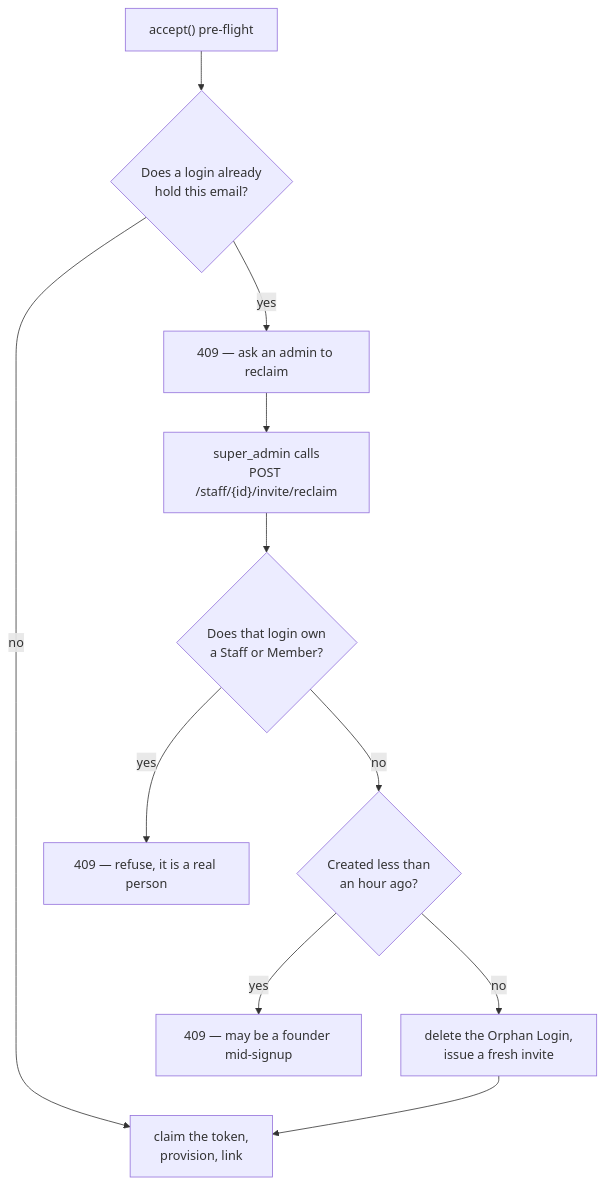
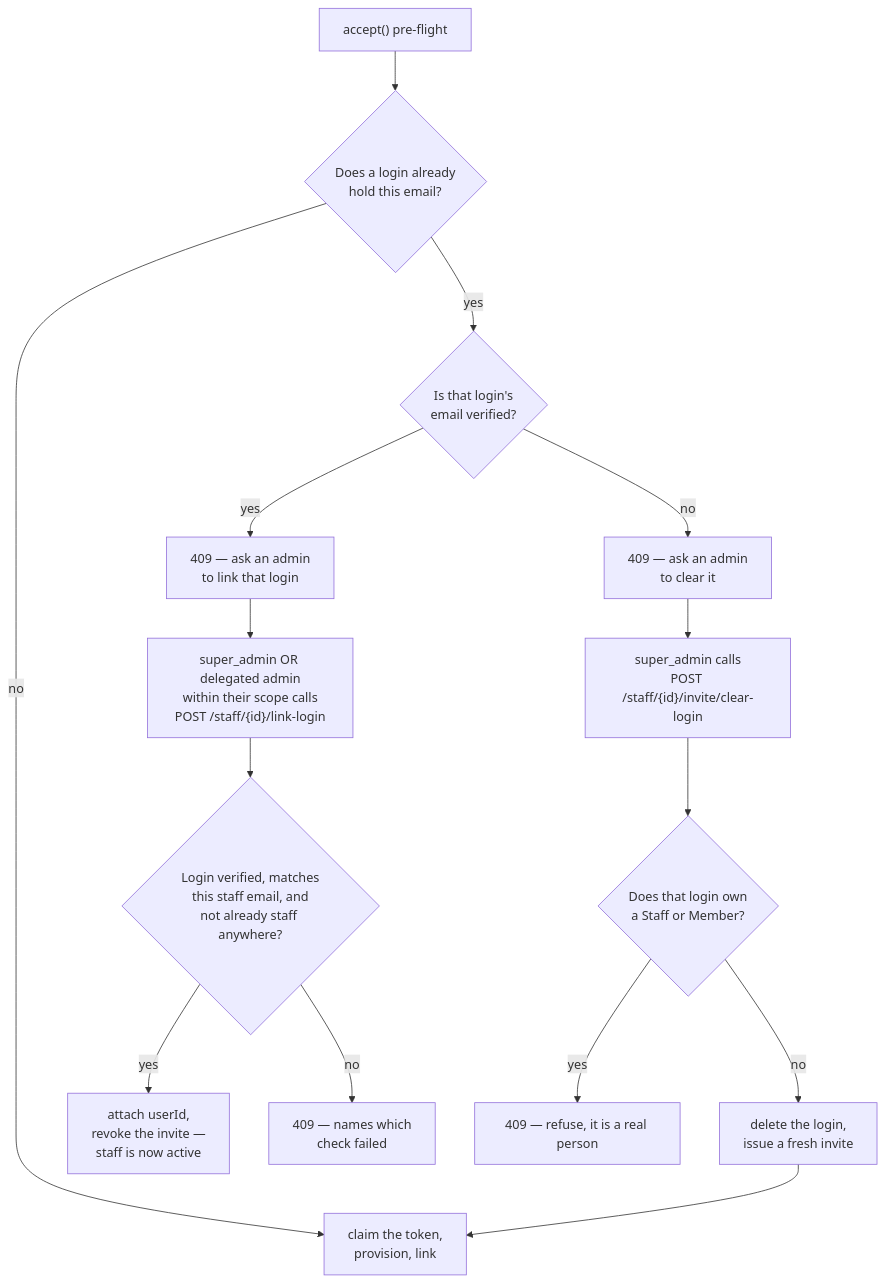
One commit to chuba-cn/koru changed the sixth of 11 diagrams in docs/architecture/staff-invitations.md. Above: the diagram before and after it, drawn with Mermaid. The commit also changed other lines of this file and 19 other files, not shown here.

````diff
--- a/docs/architecture/staff-invitations.md
+++ b/docs/architecture/staff-invitations.md
@@ -194,14 +212,20 @@
 ```mermaid
 flowchart TD
     A["accept() pre-flight"] --> B{"Does a login already<br/>hold this email?"}
     B -->|no| C["claim the token,<br/>provision, link"]
-    B -->|yes| D["409 — ask an admin to reclaim"]
+    B -->|yes| V{"Is that login's<br/>email verified?"}
 
-    D --> E["super_admin calls<br/>POST /staff/{id}/invite/reclaim"]
-    E --> F{"Does that login own<br/>a Staff or Member?"}
-    F -->|yes| G["409 — refuse, it is a real person"]
-    F -->|no| H{"Created less than<br/>an hour ago?"}
-    H -->|yes| I["409 — may be a founder mid-signup"]
-    H -->|no| J["delete the Orphan Login,<br/>issue a fresh invite"]
-    J --> C
+    V -->|yes| D1["409 — ask an admin<br/>to link that login"]
+    V -->|no| D2["409 — ask an admin<br/>to clear it"]
+
+    D1 --> E1["super_admin OR delegated admin<br/>within their scope calls<br/>POST /staff/{id}/link-login"]
+    E1 --> F1{"Login verified, matches<br/>this staff email, and<br/>not already staff anywhere?"}
+    F1 -->|yes| G1["attach userId,<br/>revoke the invite —<br/>staff is now active"]
+    F1 -->|no| H1["409 — names which<br/>check failed"]
+
+    D2 --> E2["super_admin calls<br/>POST /staff/{id}/invite/clear-login"]
+    E2 --> F2{"Does that login own<br/>a Staff or Member?"}
+    F2 -->|yes| G2["409 — refuse, it is a real person"]
+    F2 -->|no| H2["delete the login,<br/>issue a fresh invite"]
+    H2 --> C
 ```
````
